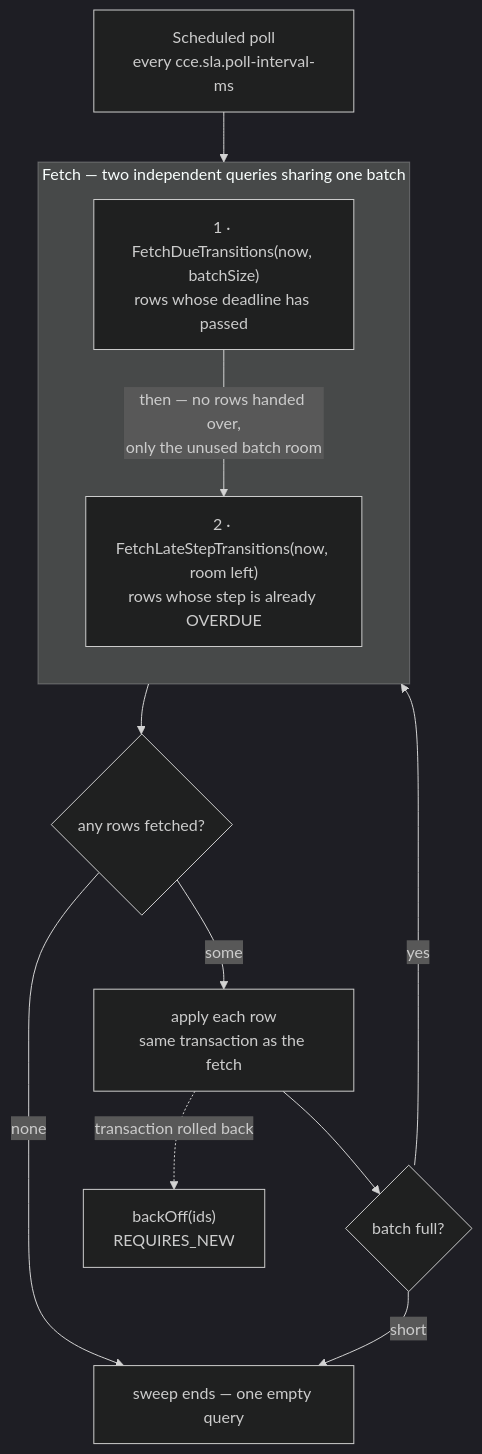
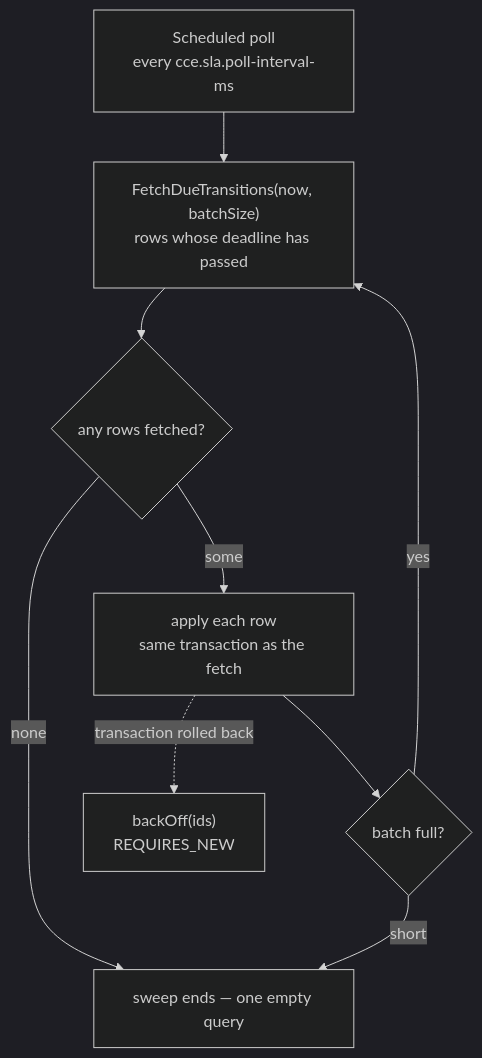
One commit to Jayaprakash8887/cce-step-sla-service changed the first of 2 diagrams in docs/architecture-overview.md. Above: the diagram before and after it, drawn with Mermaid (dark theme). The commit also changed other lines of this file and 2 other files, not shown here.

First line of the commit message:
Document one fetch gate, and describe the on-time sweep

````diff
--- a/docs/architecture-overview.md
+++ b/docs/architecture-overview.md
@@ -57,19 +56,12 @@
 ```mermaid
 flowchart TD
-    S["Scheduled poll<br/>every cce.sla.poll-interval-ms"] --> D
-
-    subgraph FETCH["Fetch — two independent queries sharing one batch"]
-        direction TB
-        D["1 · FetchDueTransitions(now, batchSize)<br/>rows whose deadline has passed"]
-        C["2 · FetchLateStepTransitions(now, room left)<br/>rows whose step is already OVERDUE"]
-        D -->|"then — no rows handed over,<br/>only the unused batch room"| C
-    end
-
-    C --> E{"any rows fetched?"}
+    S["Scheduled poll<br/>every cce.sla.poll-interval-ms"]
+      --> D["FetchDueTransitions(now, batchSize)<br/>rows whose deadline has passed"]
+    D --> E{"any rows fetched?"}
     E -->|"none"| Z["sweep ends — one empty query"]
     E -->|"some"| A["apply each row<br/>same transaction as the fetch"]
     A --> F{"batch full?"}
     F -->|"yes"| D
     F -->|"short"| Z
     A -.->|"transaction rolled back"| B["backOff(ids)<br/>REQUIRES_NEW"]
 ```
````
